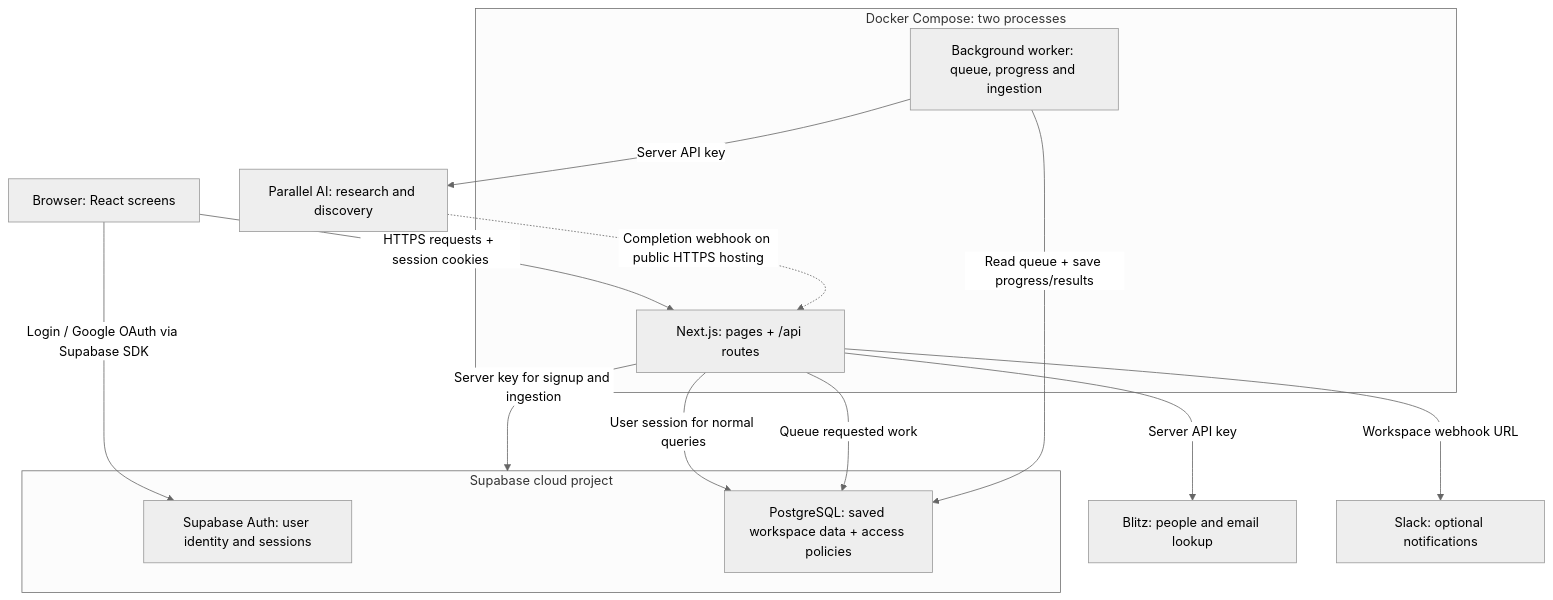
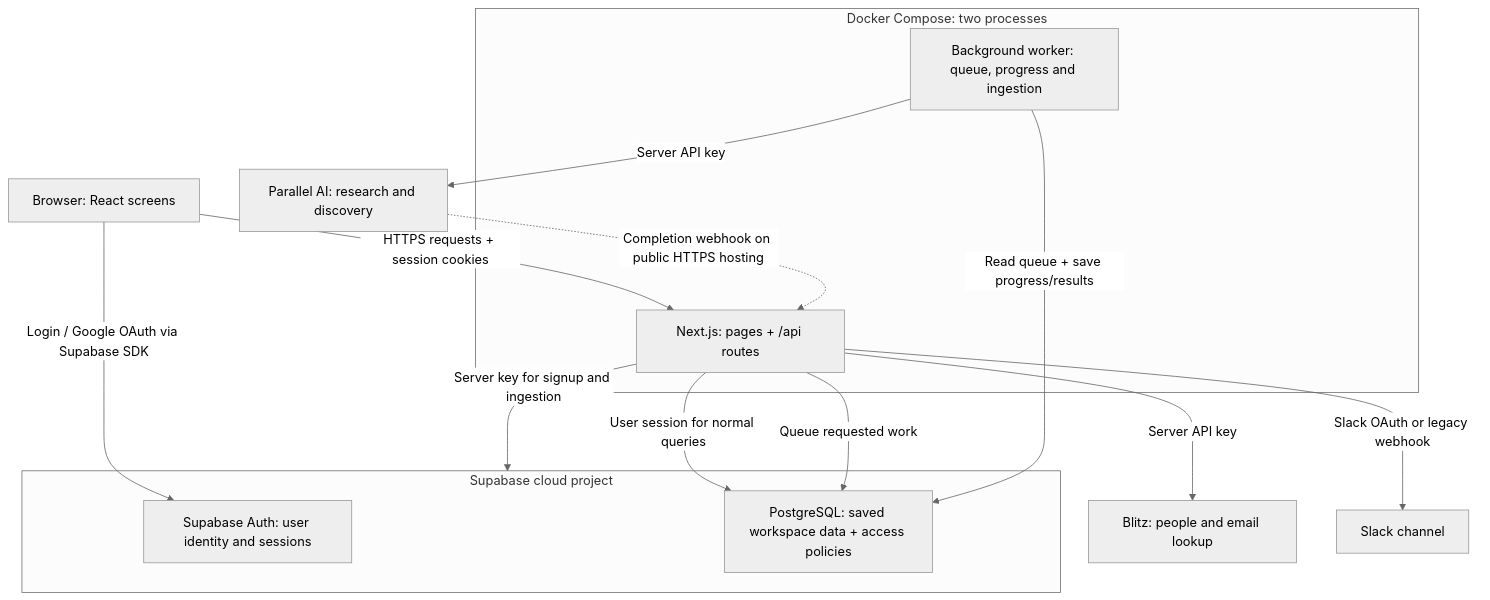
Before and after one commit to Ankit-redstonegtm/hotnow-app: the first of 4 diagrams in ARCHITECTURE.md, drawn with Mermaid (neutral theme). The commit also changed other lines of this file and 39 other files, not shown here.

````diff
--- a/ARCHITECTURE.md
+++ b/ARCHITECTURE.md
@@ -12,21 +12,21 @@
 ```mermaid
 flowchart TD
     Browser["Browser: React screens"] -->|"HTTPS requests + session cookies"| App
     Browser -->|"Login / Google OAuth via Supabase SDK"| Auth
     subgraph Container["Docker Compose: two processes"]
       App["Next.js: pages + /api routes"]
       Worker["Background worker: queue, progress and ingestion"]
     end
     subgraph Supabase["Supabase cloud project"]
       Auth["Supabase Auth: user identity and sessions"]
       DB["PostgreSQL: saved workspace data + access policies"]
     end
     App -->|"User session for normal queries"| DB
     App -->|"Server key for signup and ingestion"| Supabase
     App -->|"Queue requested work"| DB
     Worker -->|"Read queue + save progress/results"| DB
     Worker -->|"Server API key"| Parallel["Parallel AI: research and discovery"]
     Parallel -. "Completion webhook on public HTTPS hosting" .-> App
     App -->|"Server API key"| Blitz["Blitz: people and email lookup"]
-    App -->|"Workspace webhook URL"| Slack["Slack: optional notifications"]
+    App -->|"Slack OAuth or legacy webhook"| Slack["Slack channel"]
 ```
````
